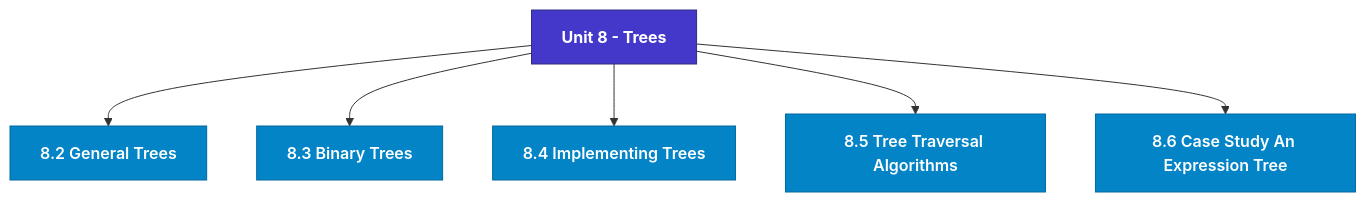
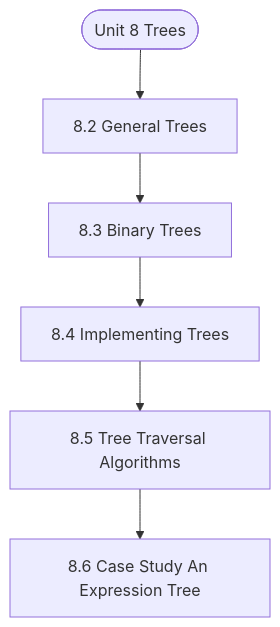
One commit to Asutosh-Coaching/mscdsa changed the diagram in notes/Semester_1/MCS-063_Data_Structures_using_Python/unit_08_Trees.md. Above: the diagram before and after it, drawn with Mermaid. The commit also changed other lines of this file and 115 other files, not shown here.

Commit message:
Fix Mermaid layout for mobile, isolate LaTeX delimiters, and add GitHub Pages reader

````diff
--- a/notes/Semester_1/MCS-063_Data_Structures_using_Python/unit_08_Trees.md
+++ b/notes/Semester_1/MCS-063_Data_Structures_using_Python/unit_08_Trees.md
@@ -19,19 +19,14 @@
 ```mermaid
 flowchart TD
-  %% Styling Definitions
-  classDef head fill:#4338ca,stroke:#312e81,color:#ffffff,font-weight:bold;
-  classDef topic fill:#0284c7,stroke:#0369a1,color:#ffffff,font-weight:600;
-  classDef sub fill:#1e293b,stroke:#475569,color:#f8fafc;
-
-  Root["Unit 8 - Trees"]:::head
-  M1["8.2 General Trees"]:::topic
-  Root --> M1
-  M2["8.3 Binary Trees"]:::topic
-  Root --> M2
-  M3["8.4 Implementing Trees"]:::topic
-  Root --> M3
-  M4["8.5 Tree Traversal Algorithms"]:::topic
-  Root --> M4
-  M5["8.6 Case Study An Expression Tree"]:::topic
-  Root --> M5
+  Start(["Unit 8 Trees"])
+  N1["8.2 General Trees"]
+  N2["8.3 Binary Trees"]
+  N3["8.4 Implementing Trees"]
+  N4["8.5 Tree Traversal Algorithms"]
+  N5["8.6 Case Study An Expression Tree"]
+  Start --> N1
+  N1 --> N2
+  N2 --> N3
+  N3 --> N4
+  N4 --> N5
 ```
````
